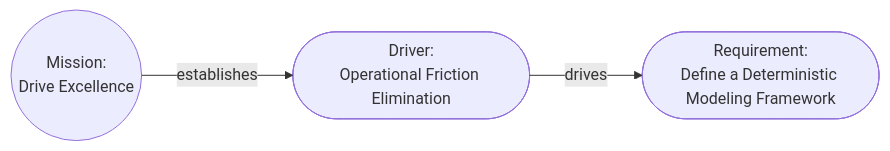
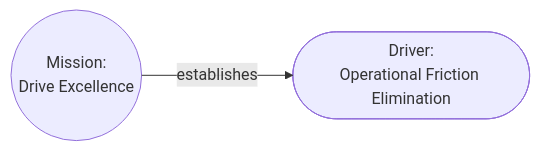
The diagram in .github/agents/aurora/Aurora.instructions.md (JEleniel/aurora), drawn with Mermaid before and after one commit. The commit also changed other lines of this file and 24 other files, not shown here.

First line of the commit message:
Refactor Aurora documentation and schemas for clarity and consistency

````diff
--- a/.github/agents/aurora/Aurora.instructions.md
+++ b/.github/agents/aurora/Aurora.instructions.md
@@ -56,10 +47,8 @@
 ```mermaid
 %%{init: {'flowchart': {'defaultRenderer': 'elk'}, 'themeVariables': { 'clusterBkg': 'transparent' }}}%%
 graph LR
-	drive_excellence(("`Mission:<br />Drive Excellence`"))
-	operational_friction_elimination(["`Driver:<br />Operational Friction Elimination`"])
-	define_a_deterministic_modeling_framework(["`Requirement:<br />Define a Deterministic Modeling Framework`"])
+  drive_excellence(("`Mission:<br />Drive Excellence`"))
+  operational_friction_elimination(["`Driver:<br />Operational Friction Elimination`"])
 
 	drive_excellence -- establishes --> operational_friction_elimination
-	operational_friction_elimination -- drives --> define_a_deterministic_modeling_framework
 ```
````
